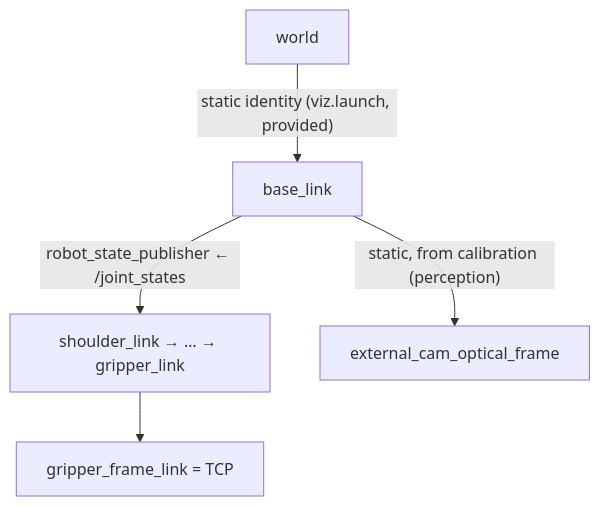
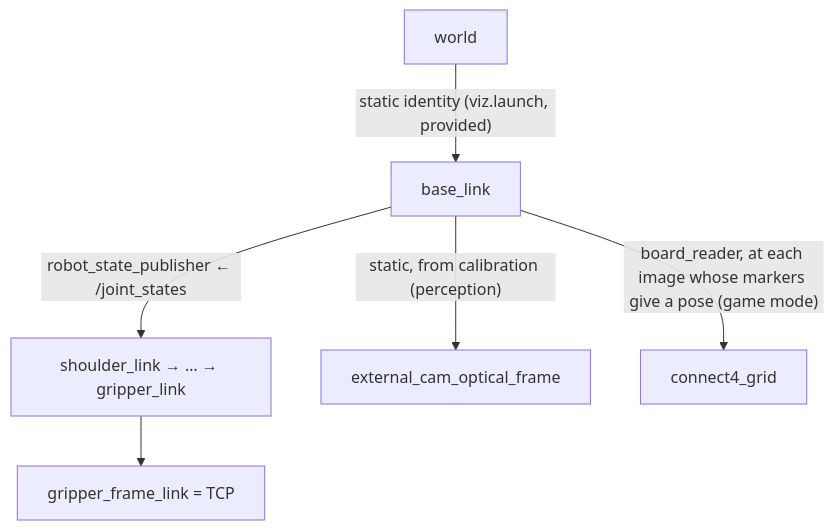
One commit to FoxaxeWasTaken/Robotics changed the second of 3 diagrams in docs/project/01_architecture.md. Above: the diagram before and after it, drawn with Mermaid. The commit also changed other lines of this file and 75 other files, not shown here.

````diff
--- a/docs/project/01_architecture.md
+++ b/docs/project/01_architecture.md
@@ -158,7 +160,8 @@
 ```mermaid
 flowchart TD
   W["world"] -->|"static identity (viz.launch, provided)"| B["base_link"]
   B -->|"robot_state_publisher ← /joint_states"| S["shoulder_link → … → gripper_link"]
   S --> T["gripper_frame_link = TCP"]
   B -->|"static, from calibration (perception)"| C["external_cam_optical_frame"]
+  B -->|"board_reader, at each image whose markers give a pose (game mode)"| G["connect4_grid"]
 ```
````
